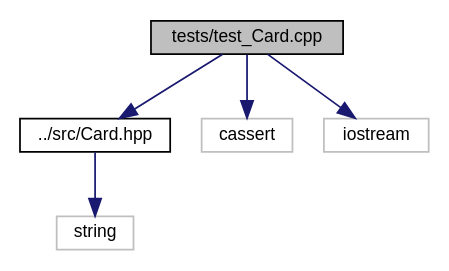
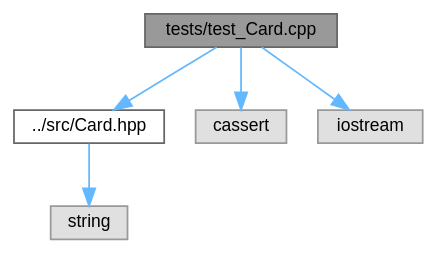
Before and after one commit to jesstyrrell/cosc345: the diagram in test___card_8cpp__incl.dot, drawn with Graphviz. The commit also changed 284 other files, not shown here.

```diff
--- a/test___card_8cpp__incl.dot
+++ b/test___card_8cpp__incl.dot
@@ -1,16 +1,17 @@
 digraph "tests/test_Card.cpp"
 {
  // INTERACTIVE_SVG=YES
  // LATEX_PDF_SIZE
-  edge [fontname="Helvetica",fontsize="10",labelfontname="Helvetica",labelfontsize="10"];
-  node [fontname="Helvetica",fontsize="10",shape=record];
-  Node1 [label="tests/test_Card.cpp",height=0.2,width=0.4,color="black", fillcolor="grey75", style="filled", fontcolor="black",tooltip=" "];
-  Node1 -> Node2 [color="midnightblue",fontsize="10",style="solid",fontname="Helvetica"];
-  Node2 [label="../src/Card.hpp",height=0.2,width=0.4,color="black", fillcolor="white", style="filled",URL="$_card_8hpp.html",tooltip=" "];
-  Node2 -> Node3 [color="midnightblue",fontsize="10",style="solid",fontname="Helvetica"];
-  Node3 [label="string",height=0.2,width=0.4,color="grey75", fillcolor="white", style="filled",tooltip=" "];
-  Node1 -> Node4 [color="midnightblue",fontsize="10",style="solid",fontname="Helvetica"];
-  Node4 [label="cassert",height=0.2,width=0.4,color="grey75", fillcolor="white", style="filled",tooltip=" "];
-  Node1 -> Node5 [color="midnightblue",fontsize="10",style="solid",fontname="Helvetica"];
-  Node5 [label="iostream",height=0.2,width=0.4,color="grey75", fillcolor="white", style="filled",tooltip=" "];
+  bgcolor="transparent";
+  edge [fontname=Helvetica,fontsize=10,labelfontname=Helvetica,labelfontsize=10];
+  node [fontname=Helvetica,fontsize=10,shape=box,height=0.2,width=0.4];
+  Node1 [id="Node000001",label="tests/test_Card.cpp",height=0.2,width=0.4,color="gray40", fillcolor="grey60", style="filled", fontcolor="black",tooltip=" "];
+  Node1 -> Node2 [id="edge1_Node000001_Node000002",color="steelblue1",style="solid",tooltip=" "];
+  Node2 [id="Node000002",label="../src/Card.hpp",height=0.2,width=0.4,color="grey40", fillcolor="white", style="filled",URL="$_card_8hpp.html",tooltip=" "];
+  Node2 -> Node3 [id="edge2_Node000002_Node000003",color="steelblue1",style="solid",tooltip=" "];
+  Node3 [id="Node000003",label="string",height=0.2,width=0.4,color="grey60", fillcolor="#E0E0E0", style="filled",tooltip=" "];
+  Node1 -> Node4 [id="edge3_Node000001_Node000004",color="steelblue1",style="solid",tooltip=" "];
+  Node4 [id="Node000004",label="cassert",height=0.2,width=0.4,color="grey60", fillcolor="#E0E0E0", style="filled",tooltip=" "];
+  Node1 -> Node5 [id="edge4_Node000001_Node000005",color="steelblue1",style="solid",tooltip=" "];
+  Node5 [id="Node000005",label="iostream",height=0.2,width=0.4,color="grey60", fillcolor="#E0E0E0", style="filled",tooltip=" "];
 }
```
